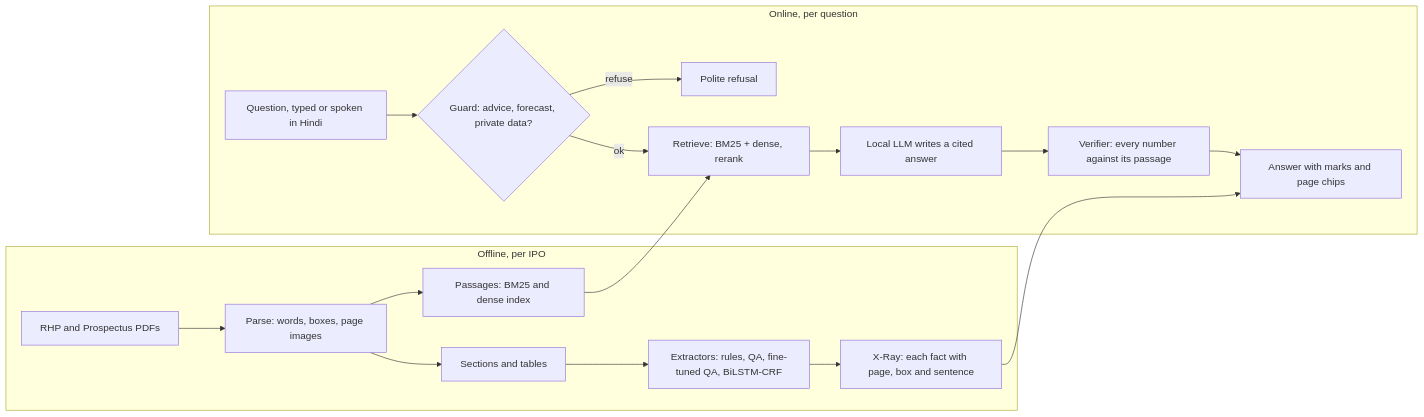
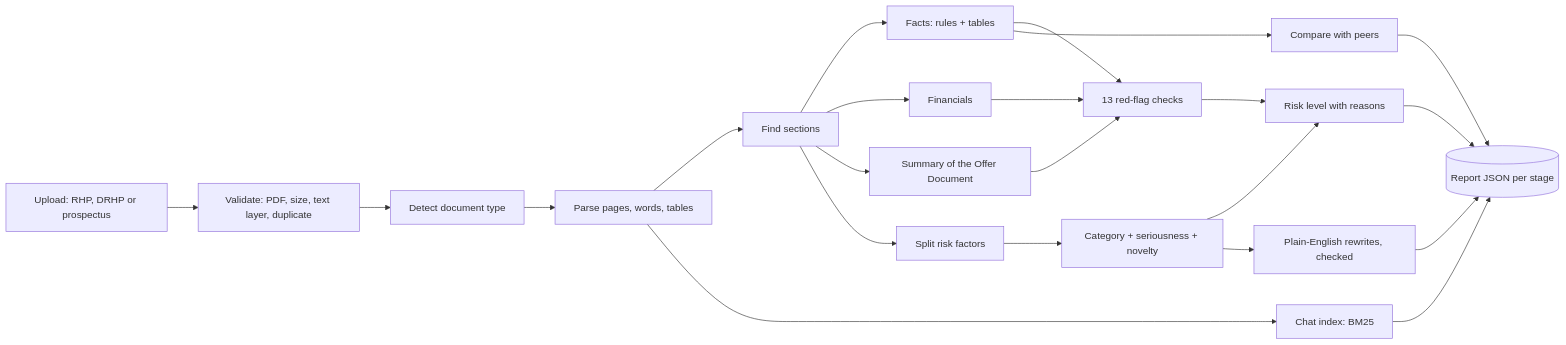
Before and after one commit to AkshatTm/FinSight-IPO-X-Ray-for-Indian-retail-investors: the first of 2 diagrams in README.md, drawn with Mermaid. The commit also changed other lines of this file and 46 other files, not shown here.

````diff
--- a/README.md
+++ b/README.md
@@ -24,20 +65,24 @@
 ```mermaid
 flowchart LR
-  subgraph offline [Offline, per IPO]
-    A[RHP and Prospectus PDFs] --> B[Parse: words, boxes, page images]
-    B --> C[Sections and tables]
-    C --> D[Extractors: rules, QA, fine-tuned QA, BiLSTM-CRF]
-    D --> E[X-Ray: each fact with page, box and sentence]
-    B --> F[Passages: BM25 and dense index]
-  end
-  subgraph online [Online, per question]
-    Q[Question, typed or spoken in Hindi] --> G{Guard: advice, forecast, private data?}
-    G -- refuse --> R[Polite refusal]
-    G -- ok --> H[Retrieve: BM25 + dense, rerank]
-    H --> I[Local LLM writes a cited answer]
-    I --> J[Verifier: every number against its passage]
-    J --> K[Answer with marks and page chips]
-  end
-  F --> H
-  E --> K
+  U[Upload: RHP, DRHP or prospectus] --> V[Validate: PDF, size, text layer, duplicate]
+  V --> D[Detect document type]
+  D --> P[Parse pages, words, tables]
+  P --> S[Find sections]
+  S --> F[Facts: rules + tables]
+  S --> FIN[Financials]
+  S --> SOD[Summary of the Offer Document]
+  F --> RF[13 red-flag checks]
+  FIN --> RF
+  SOD --> RF
+  S --> RS[Split risk factors]
+  RS --> RC[Category + seriousness + novelty]
+  RC --> RL[Risk level with reasons]
+  RF --> RL
+  RC --> SIM[Plain-English rewrites, checked]
+  F --> CMP[Compare with peers]
+  P --> IDX[Chat index: BM25]
+  RL --> REP[(Report JSON per stage)]
+  SIM --> REP
+  CMP --> REP
+  IDX --> REP
 ```
````
